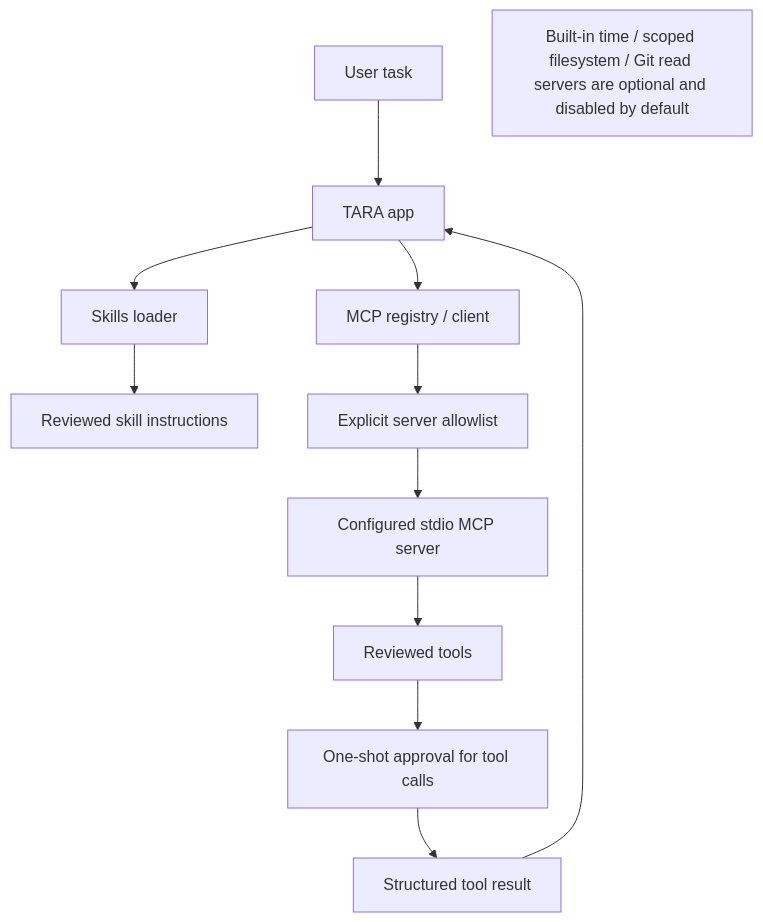
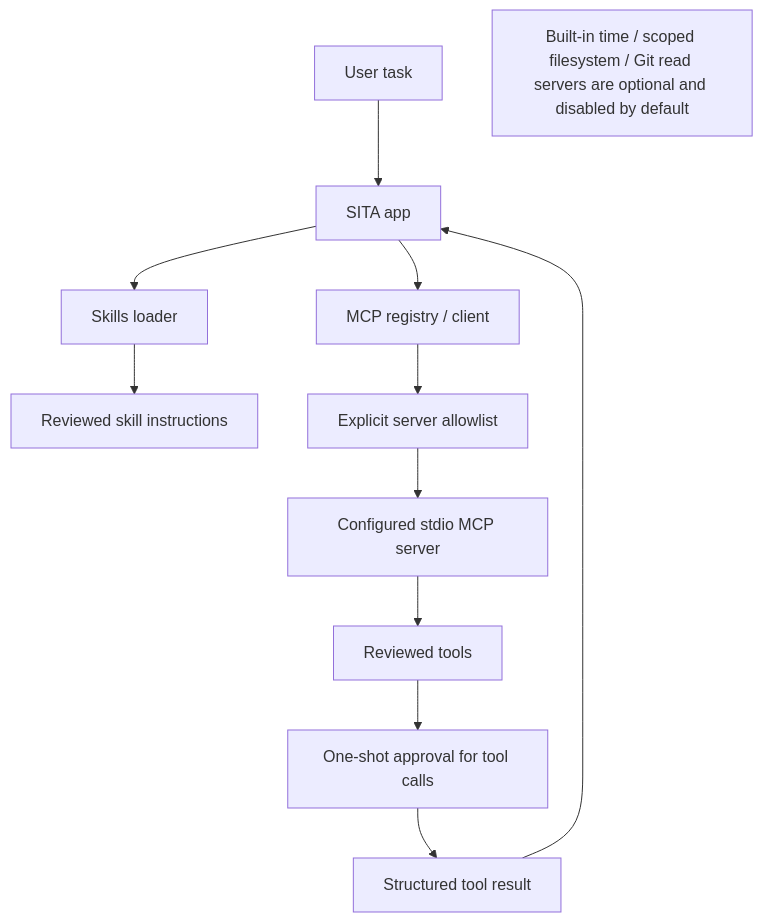
Before and after one commit to deathkernel/TARA-App: diagram 17 of 20 in docs/FEATURE_AND_NEURAL_NETWORK_DIAGRAMS.md, drawn with Mermaid. The commit also changed other lines of this file and 96 other files, not shown here.

Commit message:
feat(branding): rebrand TARA product as SITA

````diff
--- a/docs/FEATURE_AND_NEURAL_NETWORK_DIAGRAMS.md
+++ b/docs/FEATURE_AND_NEURAL_NETWORK_DIAGRAMS.md
@@ -349,14 +349,14 @@
 ```mermaid
 flowchart TD
-  User[User task] --> App[TARA app]
+  User[User task] --> App[SITA app]
   App --> Skills[Skills loader]
   Skills --> Skill[Reviewed skill instructions]
   App --> MCP[MCP registry / client]
   MCP --> Config[Explicit server allowlist]
   Config --> Server[Configured stdio MCP server]
   Server --> Tools[Reviewed tools]
   Tools --> Gate[One-shot approval for tool calls]
   Gate --> Result[Structured tool result]
   Result --> App
   Note[Built-in time / scoped filesystem / Git read servers are optional and disabled by default]
 ```
````
